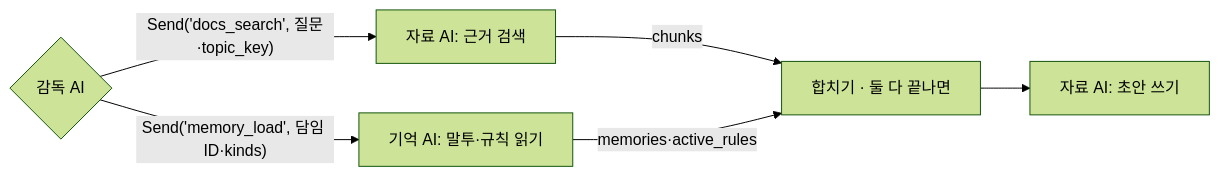
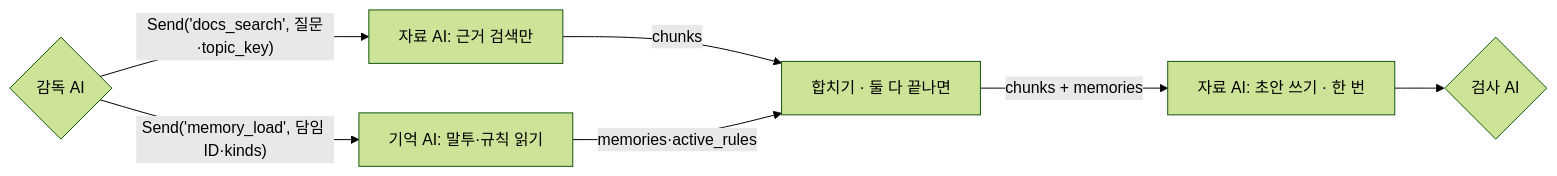
The third of 5 diagrams in Docs/Step3/T47_멀티에이전트_협업_아키텍처_설계서.md (aio-final-2team/FinalProject_2Team), drawn with Mermaid (forest theme) before and after one commit. The commit also changed other lines of this file, not shown here.

First line of the commit message:
docs(T47): #305 머지 반영·Send 범위 결정(1안) 반영

````diff
--- a/Docs/Step3/T47_멀티에이전트_협업_아키텍처_설계서.md
+++ b/Docs/Step3/T47_멀티에이전트_협업_아키텍처_설계서.md
@@ -203,8 +204,9 @@
 ```mermaid
 flowchart LR
-    SUP{감독 AI} -->|"Send('docs_search', 질문·topic_key)"| DS[자료 AI: 근거 검색]
+    SUP{감독 AI} -->|"Send('docs_search', 질문·topic_key)"| DS[자료 AI: 근거 검색만]
     SUP -->|"Send('memory_load', 담임 ID·kinds)"| MT[기억 AI: 말투·규칙 읽기]
     DS -->|chunks| JN[합치기 · 둘 다 끝나면]
     MT -->|memories·active_rules| JN
-    JN --> W[자료 AI: 초안 쓰기]
+    JN -->|chunks + memories| W[자료 AI: 초안 쓰기 · 한 번]
+    W --> CK{검사 AI}
 ```
````
